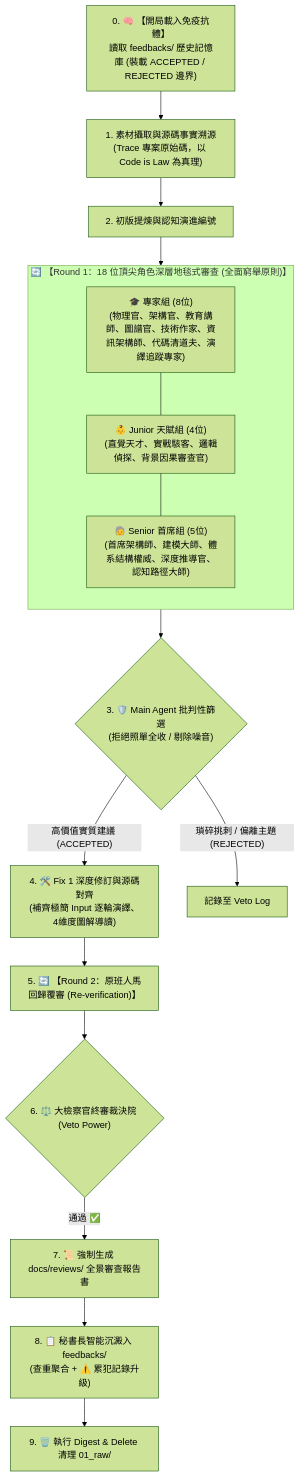
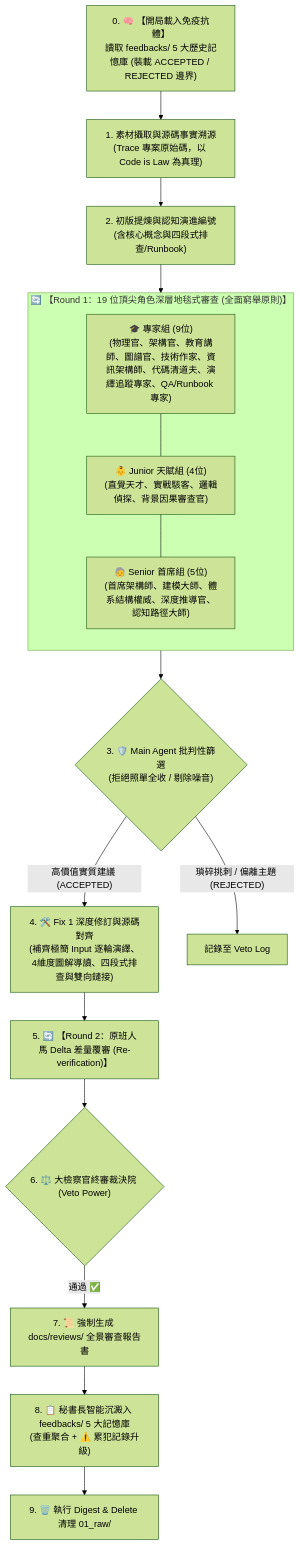
The diagram in docs/02_wiki/04_meta/01_Multi_Agent_Adversarial_Review_Pattern.md (daniel-yang1739/Hemidall), drawn with Mermaid (forest theme) before and after one commit. The commit also changed other lines of this file and 24 other files, not shown here.

````diff
--- a/docs/02_wiki/04_meta/01_Multi_Agent_Adversarial_Review_Pattern.md
+++ b/docs/02_wiki/04_meta/01_Multi_Agent_Adversarial_Review_Pattern.md
@@ -31,27 +31,27 @@
 ```mermaid
 flowchart TD
-    Step0["0. 🧠 【開局載入免疫抗體】<br/>讀取 feedbacks/ 歷史記憶庫 (裝載 ACCEPTED / REJECTED 邊界)"] --> Ingest
+    Step0["0. 🧠 【開局載入免疫抗體】<br/>讀取 feedbacks/ 5 大歷史記憶庫 (裝載 ACCEPTED / REJECTED 邊界)"] --> Ingest
     
-    Ingest["1. 素材攝取與源碼事實溯源<br/>(Trace 專案原始碼，以 Code is Law 為真理)"] --> Draft["2. 初版提煉與認知演進編號"]
+    Ingest["1. 素材攝取與源碼事實溯源<br/>(Trace 專案原始碼，以 Code is Law 為真理)"] --> Draft["2. 初版提煉與認知演進編號<br/>(含核心概念與四段式排查/Runbook)"]
     
-    subgraph Round1 ["🔄 【Round 1：18 位頂尖角色深層地毯式審查 (全面窮舉原則)】"]
+    subgraph Round1 ["🔄 【Round 1：19 位頂尖角色深層地毯式審查 (全面窮舉原則)】"]
         direction TB
-        R1A["🎓 專家組 (8位)<br/>(物理官、架構官、教育講師、圖譜官、技術作家、資訊架構師、代碼清道夫、演繹追蹤專家)"]
+        R1A["🎓 專家組 (9位)<br/>(物理官、架構官、教育講師、圖譜官、技術作家、資訊架構師、代碼清道夫、演繹追蹤專家、QA/Runbook 專家)"]
         R1B["👶 Junior 天賦組 (4位)<br/>(直覺天才、實戰駭客、邏輯偵探、背景因果審查官)"]
         R1C["🧓 Senior 首席組 (5位)<br/>(首席架構師、建模大師、體系結構權威、深度推導官、認知路徑大師)"]
         R1A --- R1B --- R1C
     end
     
     Draft --> Round1
     Round1 --> Triage{"3. 🛡️ Main Agent 批判性篩選<br/>(拒絕照單全收 / 剔除噪音)"}
     
-    Triage -- "高價值實質建議 (ACCEPTED)" --> Fix1["4. 🛠️ Fix 1 深度修訂與源碼對齊<br/>(補齊極簡 Input 逐輪演繹、4維度圖解導讀)"]
+    Triage -- "高價值實質建議 (ACCEPTED)" --> Fix1["4. 🛠️ Fix 1 深度修訂與源碼對齊<br/>(補齊極簡 Input 逐輪演繹、4維度圖解導讀、四段式排查與雙向鏈接)"]
     Triage -- "瑣碎挑刺 / 偏離主題 (REJECTED)" --> Veto["記錄至 Veto Log"]
     
-    Fix1 --> Round2["5. 🔄 【Round 2：原班人馬回歸覆審 (Re-verification)】"]
+    Fix1 --> Round2["5. 🔄 【Round 2：原班人馬 Delta 差量覆審 (Re-verification)】"]
     Round2 --> Inquisitor{"6. ⚖️ 大檢察官終審裁決院 (Veto Power)"}
     
     Inquisitor -- "通過 ✅" --> Report["7. 📜 強制生成 docs/reviews/ 全景審查報告書"]
-    Report --> SecArchive["8. 📋 秘書長智能沉澱入 feedbacks/<br/>(查重聚合 + ⚠️ 累犯記錄升級)"]
+    Report --> SecArchive["8. 📋 秘書長智能沉澱入 feedbacks/ 5 大記憶庫<br/>(查重聚合 + ⚠️ 累犯記錄升級)"]
     SecArchive --> Cleanup["9. 🗑️ 執行 Digest & Delete 清理 01_raw/"]
 ```
````
